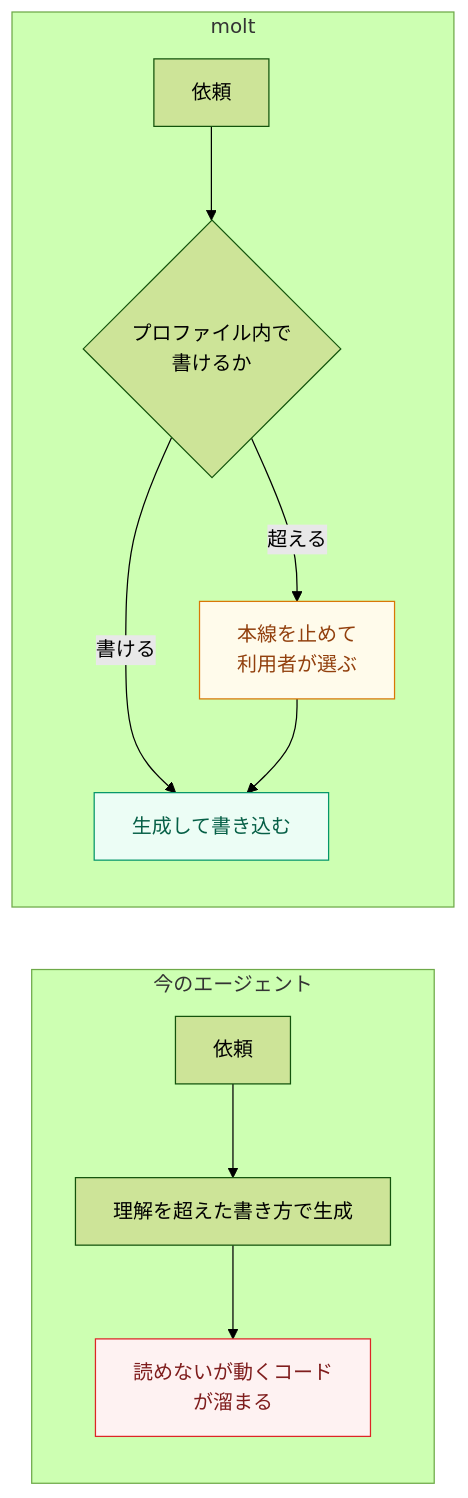
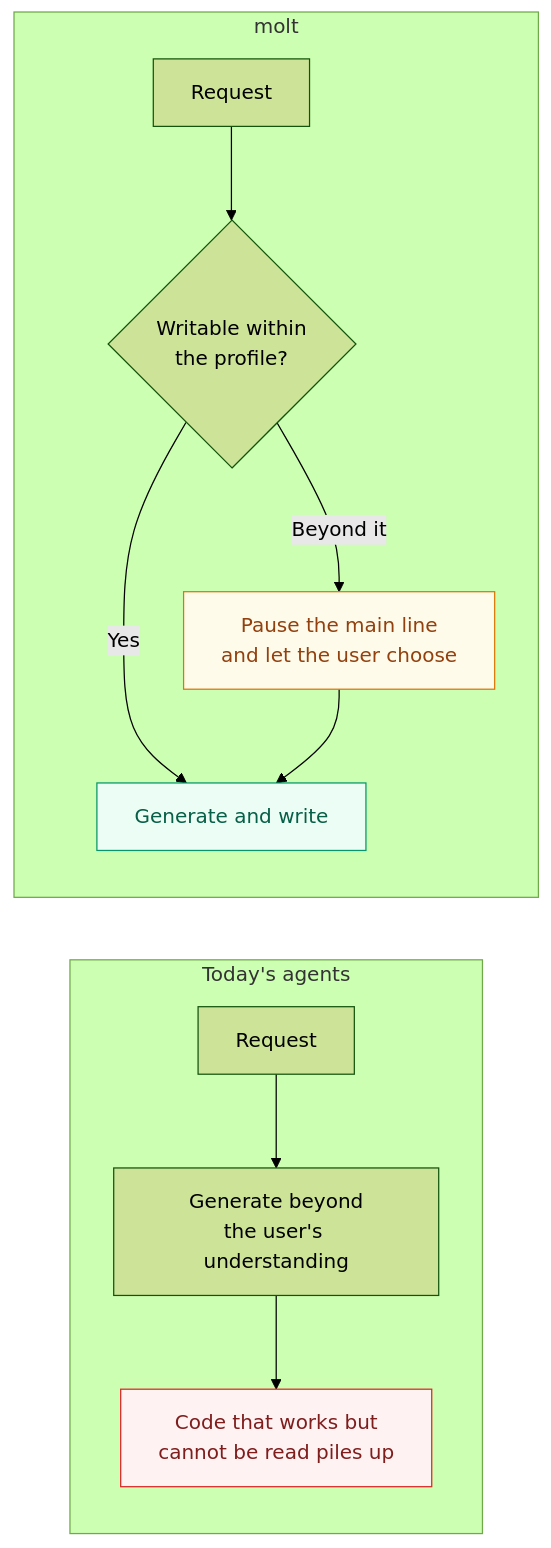
One commit to sumiredc/molt changed the first of 9 diagrams in PRD.md. Above: the diagram before and after it, drawn with Mermaid (forest theme). The commit also changed other lines of this file and 1 other file, not shown here.

````diff
--- a/PRD.md
+++ b/PRD.md
@@ -18,15 +20,15 @@
 ```mermaid
 flowchart LR
-  subgraph now["今のエージェント"]
-    A1["依頼"] --> A2["理解を超えた書き方で生成"] --> A3["読めないが動くコード<br/>が溜まる"]:::bad
+  subgraph now["Today's agents"]
+    A1["Request"] --> A2["Generate beyond<br/>the user's understanding"] --> A3["Code that works but<br/>cannot be read piles up"]:::bad
   end
   subgraph molt["molt"]
-    B1["依頼"] --> B2{"プロファイル内で<br/>書けるか"}
-    B2 -- "書ける" --> B3["生成して書き込む"]:::ok
-    B2 -- "超える" --> B4["本線を止めて<br/>利用者が選ぶ"]:::warn
+    B1["Request"] --> B2{"Writable within<br/>the profile?"}
+    B2 -- "Yes" --> B3["Generate and write"]:::ok
+    B2 -- "Beyond it" --> B4["Pause the main line<br/>and let the user choose"]:::warn
     B4 --> B3
   end
   classDef ok   fill:#ecfdf5,stroke:#059669,color:#065f46
   classDef warn fill:#fffbeb,stroke:#d97706,color:#92400e
   classDef bad  fill:#fef2f2,stroke:#dc2626,color:#7f1d1d
 ```
````
